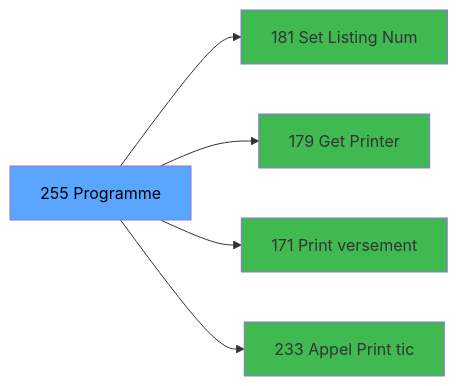
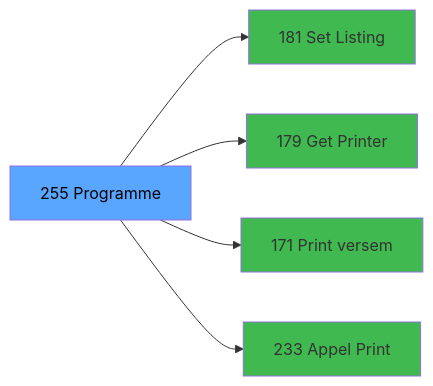
The third of 3 diagrams in .openspec/specs/ADH-IDE-255.md (thonyAGP/magic-migration), drawn with Mermaid before and after one commit. The commit also changed other lines of this file and 323 other files, not shown here.

````diff
--- a/.openspec/specs/ADH-IDE-255.md
+++ b/.openspec/specs/ADH-IDE-255.md
@@ -133,17 +170,17 @@
 ```mermaid
 graph LR
     T[255 Programme]
-    C181[181 Set Listing Num]
+    C181[181 Set Listing ]
     T --> C181
     C179[179 Get Printer]
     T --> C179
-    C171[171 Print versement]
+    C171[171 Print versem]
     T --> C171
-    C233[233 Appel Print tic]
+    C233[233 Appel Print ]
     T --> C233
     style T fill:#58a6ff,color:#000
     style C181 fill:#3fb950
     style C179 fill:#3fb950
     style C171 fill:#3fb950
     style C233 fill:#3fb950
 ```
````
